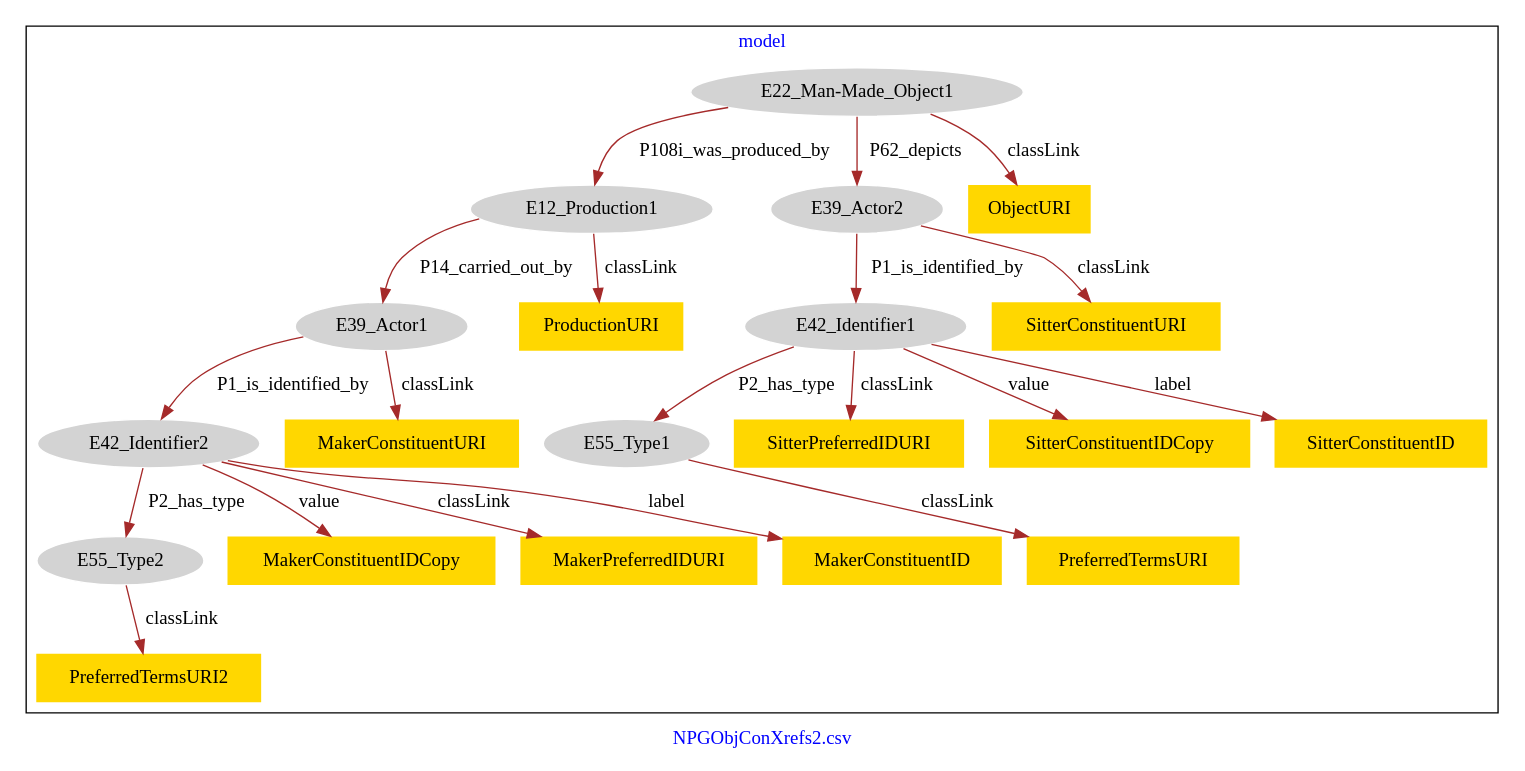
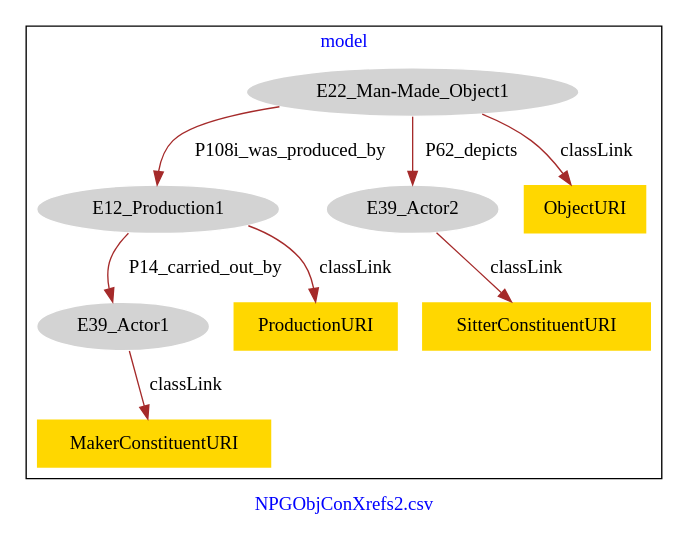
Before and after one commit to american-art/npg: the diagram in NPGObjConXrefs/NPGObjConXrefs2-model.dot, drawn with Graphviz.

Commit message:
Update file NPGObjConXrefs2-model.dot

```diff
--- a/NPGObjConXrefs/NPGObjConXrefs2-model.dot
+++ b/NPGObjConXrefs/NPGObjConXrefs2-model.dot
@@ -1,47 +1,23 @@
 digraph n0 {
 fontcolor="blue"
 remincross="true"
 label="NPGObjConXrefs2.csv"
 subgraph cluster {
 label="model"
 n2[style="filled",color="white",fillcolor="lightgray",label="E12_Production1"];
 n3[style="filled",color="white",fillcolor="lightgray",label="E39_Actor1"];
 n4[style="filled",color="white",fillcolor="lightgray",label="E22_Man-Made_Object1"];
 n5[style="filled",color="white",fillcolor="lightgray",label="E39_Actor2"];
-n6[style="filled",color="white",fillcolor="lightgray",label="E42_Identifier2"];
-n7[style="filled",color="white",fillcolor="lightgray",label="E42_Identifier1"];
-n8[style="filled",color="white",fillcolor="lightgray",label="E55_Type1"];
-n9[style="filled",color="white",fillcolor="lightgray",label="E55_Type2"];
-n10[shape="plaintext",style="filled",fillcolor="gold",label="PreferredTermsURI2"];
-n11[shape="plaintext",style="filled",fillcolor="gold",label="MakerConstituentIDCopy"];
-n12[shape="plaintext",style="filled",fillcolor="gold",label="PreferredTermsURI"];
-n13[shape="plaintext",style="filled",fillcolor="gold",label="SitterConstituentURI"];
-n14[shape="plaintext",style="filled",fillcolor="gold",label="SitterPreferredIDURI"];
-n15[shape="plaintext",style="filled",fillcolor="gold",label="MakerPreferredIDURI"];
-n16[shape="plaintext",style="filled",fillcolor="gold",label="MakerConstituentID"];
-n17[shape="plaintext",style="filled",fillcolor="gold",label="SitterConstituentIDCopy"];
-n18[shape="plaintext",style="filled",fillcolor="gold",label="ObjectURI"];
-n19[shape="plaintext",style="filled",fillcolor="gold",label="ProductionURI"];
-n20[shape="plaintext",style="filled",fillcolor="gold",label="SitterConstituentID"];
-n21[shape="plaintext",style="filled",fillcolor="gold",label="MakerConstituentURI"];
+n6[shape="plaintext",style="filled",fillcolor="gold",label="SitterConstituentURI"];
+n7[shape="plaintext",style="filled",fillcolor="gold",label="MakerConstituentURI"];
+n8[shape="plaintext",style="filled",fillcolor="gold",label="ProductionURI"];
+n9[shape="plaintext",style="filled",fillcolor="gold",label="ObjectURI"];
 }
 n2 -> n3[color="brown",fontcolor="black",label="P14_carried_out_by"]
 n4 -> n2[color="brown",fontcolor="black",label="P108i_was_produced_by"]
 n4 -> n5[color="brown",fontcolor="black",label="P62_depicts"]
-n3 -> n6[color="brown",fontcolor="black",label="P1_is_identified_by"]
-n5 -> n7[color="brown",fontcolor="black",label="P1_is_identified_by"]
-n7 -> n8[color="brown",fontcolor="black",label="P2_has_type"]
-n6 -> n9[color="brown",fontcolor="black",label="P2_has_type"]
-n9 -> n10[color="brown",fontcolor="black",label="classLink"]
-n6 -> n11[color="brown",fontcolor="black",label="value"]
-n8 -> n12[color="brown",fontcolor="black",label="classLink"]
-n5 -> n13[color="brown",fontcolor="black",label="classLink"]
-n7 -> n14[color="brown",fontcolor="black",label="classLink"]
-n6 -> n15[color="brown",fontcolor="black",label="classLink"]
-n6 -> n16[color="brown",fontcolor="black",label="label"]
-n7 -> n17[color="brown",fontcolor="black",label="value"]
-n4 -> n18[color="brown",fontcolor="black",label="classLink"]
-n2 -> n19[color="brown",fontcolor="black",label="classLink"]
-n7 -> n20[color="brown",fontcolor="black",label="label"]
-n3 -> n21[color="brown",fontcolor="black",label="classLink"]
+n5 -> n6[color="brown",fontcolor="black",label="classLink"]
+n3 -> n7[color="brown",fontcolor="black",label="classLink"]
+n2 -> n8[color="brown",fontcolor="black",label="classLink"]
+n4 -> n9[color="brown",fontcolor="black",label="classLink"]
 }
```
